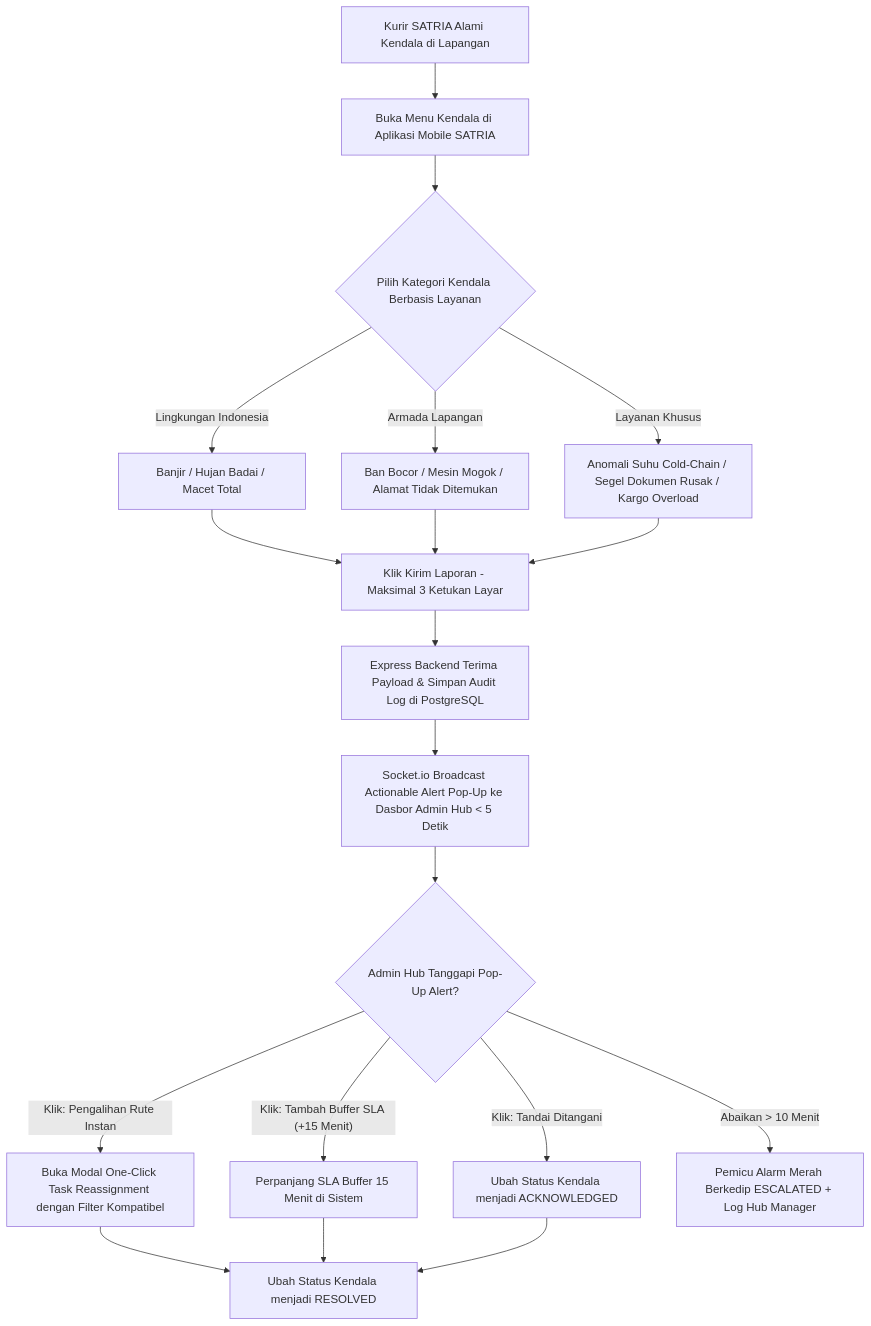
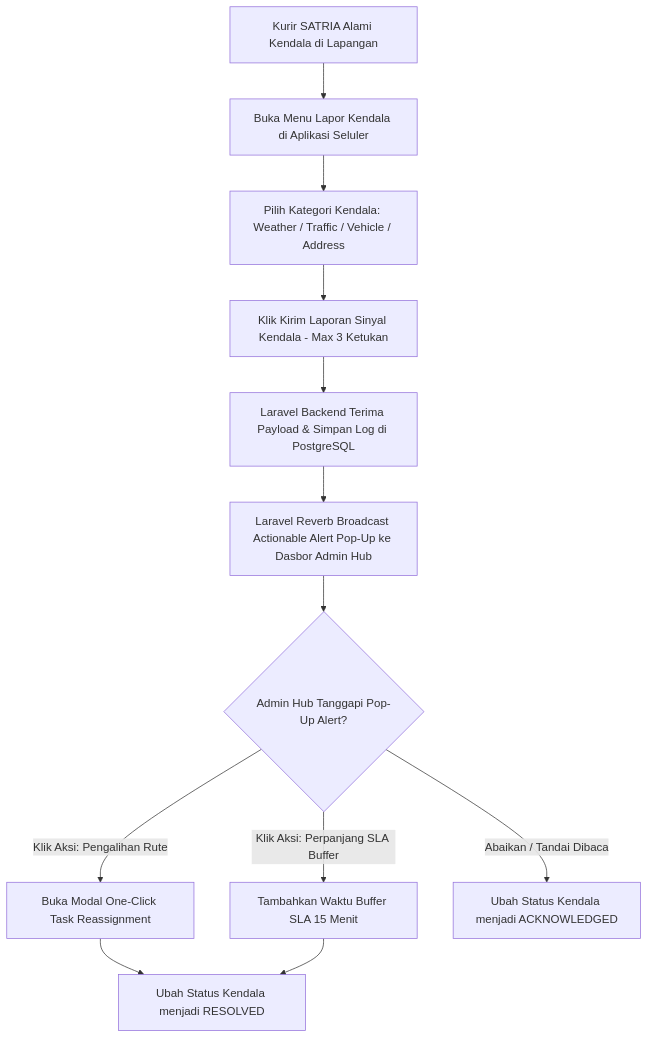
Before and after one commit to Ampasan/anteraja-capstone-naufalrakanramadhan: the diagram in docs/frd/FRD-04-quick-incident-reporting.md, drawn with Mermaid. The commit also changed other lines of this file and 26 other files, not shown here.

Commit message:
feat: add UI design assets, also update PRD/FRD and replace the backend with Laravel.

````diff
--- a/docs/frd/FRD-04-quick-incident-reporting.md
+++ b/docs/frd/FRD-04-quick-incident-reporting.md
@@ -23,24 +21,14 @@
 ```mermaid
 graph TD
-    A[Kurir SATRIA Alami Kendala di Lapangan] --> B[Buka Menu Kendala di Aplikasi Mobile SATRIA]
-    B --> C{Pilih Kategori Kendala Berbasis Layanan}
-    C -- "Lingkungan Indonesia" --> D1[Banjir / Hujan Badai / Macet Total]
-    C -- "Armada Lapangan" --> D2[Ban Bocor / Mesin Mogok / Alamat Tidak Ditemukan]
-    C -- "Layanan Khusus" --> D3[Anomali Suhu Cold-Chain / Segel Dokumen Rusak / Kargo Overload]
-    
-    D1 --> E[Klik Kirim Laporan - Maksimal 3 Ketukan Layar]
-    D2 --> E
-    D3 --> E
-    
-    E --> F[Express Backend Terima Payload & Simpan Audit Log di PostgreSQL]
-    F --> G[Socket.io Broadcast Actionable Alert Pop-Up ke Dasbor Admin Hub < 5 Detik]
-    G --> H{Admin Hub Tanggapi Pop-Up Alert?}
-    H -- "Klik: Pengalihan Rute Instan" --> I[Buka Modal One-Click Task Reassignment dengan Filter Kompatibel]
-    H -- "Klik: Tambah Buffer SLA (+15 Menit)" --> J[Perpanjang SLA Buffer 15 Menit di Sistem]
-    H -- "Klik: Tandai Ditangani" --> K[Ubah Status Kendala menjadi ACKNOWLEDGED]
-    H -- "Abaikan > 10 Menit" --> L[Pemicu Alarm Merah Berkedip ESCALATED + Log Hub Manager]
-    
-    I --> M[Ubah Status Kendala menjadi RESOLVED]
-    J --> M
-    K --> M
+    A[Kurir SATRIA Alami Kendala di Lapangan] --> B[Buka Menu Lapor Kendala di Aplikasi Seluler]
+    B --> C[Pilih Kategori Kendala: Weather / Traffic / Vehicle / Address]
+    C --> D[Klik Kirim Laporan Sinyal Kendala - Max 3 Ketukan]
+    D --> E[Laravel Backend Terima Payload & Simpan Log di PostgreSQL]
+    E --> F[Laravel Reverb Broadcast Actionable Alert Pop-Up ke Dasbor Admin Hub]
+    F --> G{Admin Hub Tanggapi Pop-Up Alert?}
+    G -- "Klik Aksi: Pengalihan Rute" --> H[Buka Modal One-Click Task Reassignment]
+    G -- "Klik Aksi: Perpanjang SLA Buffer" --> I[Tambahkan Waktu Buffer SLA 15 Menit]
+    G -- "Abaikan / Tandai Dibaca" --> J[Ubah Status Kendala menjadi ACKNOWLEDGED]
+    H --> K[Ubah Status Kendala menjadi RESOLVED]
+    I --> K
 ```
````
